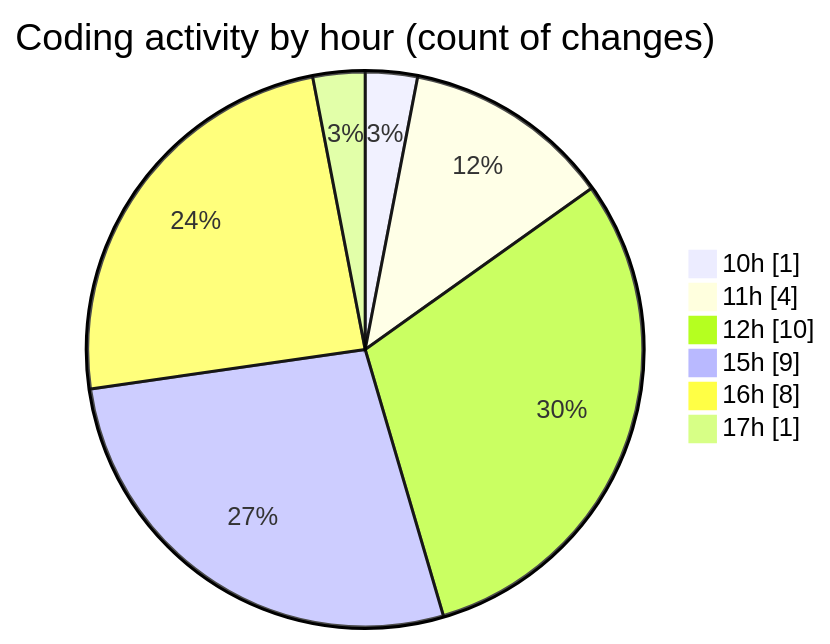
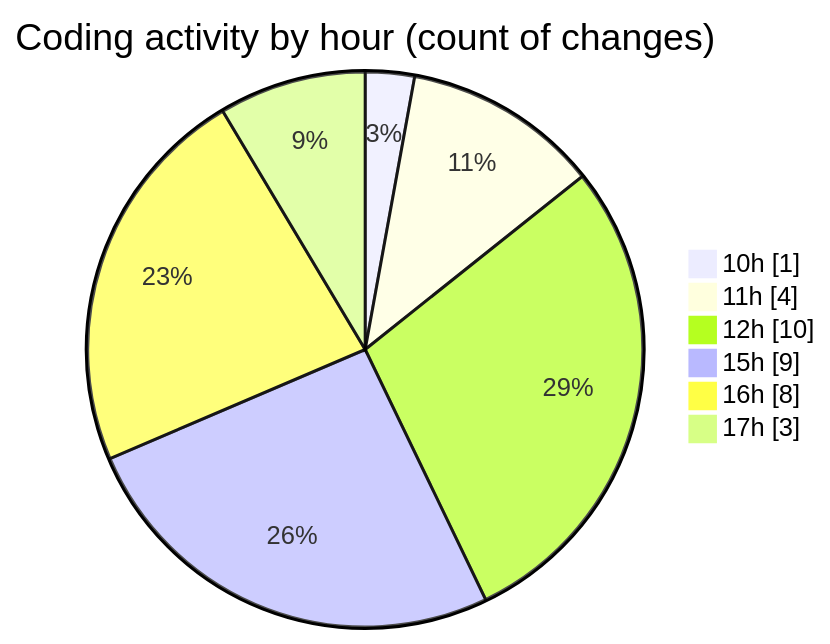
The second of 2 diagrams in 2025-10-08/untitled__workspace_/README.md (debugP/code-tracking), drawn with Mermaid before and after one commit. The commit also changed other lines of this file and 1 other file, not shown here.

````diff
--- a/2025-10-08/untitled__workspace_/README.md
+++ b/2025-10-08/untitled__workspace_/README.md
@@ -32,10 +32,10 @@
 ```mermaid
 pie showData
 title Coding activity by hour (count of changes)
 "10h" : 1
 "11h" : 4
 "12h" : 10
 "15h" : 9
 "16h" : 8
-"17h" : 1
+"17h" : 3
 ```
````
